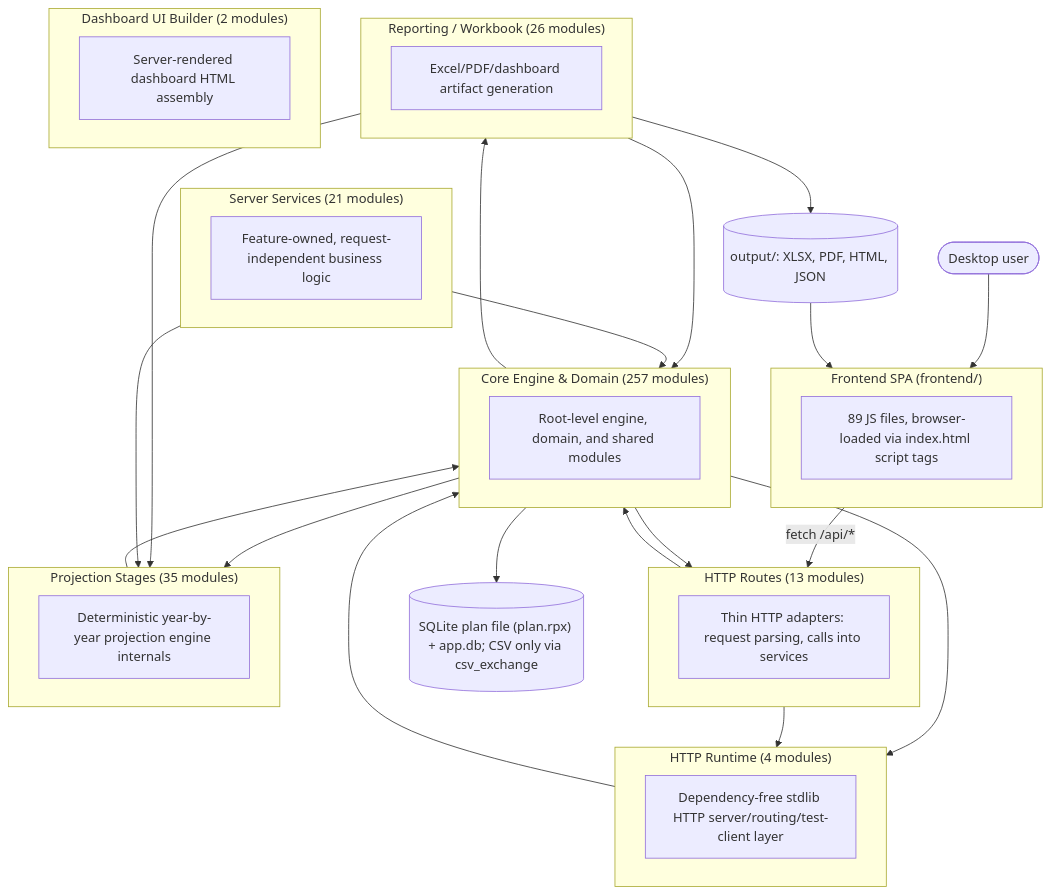
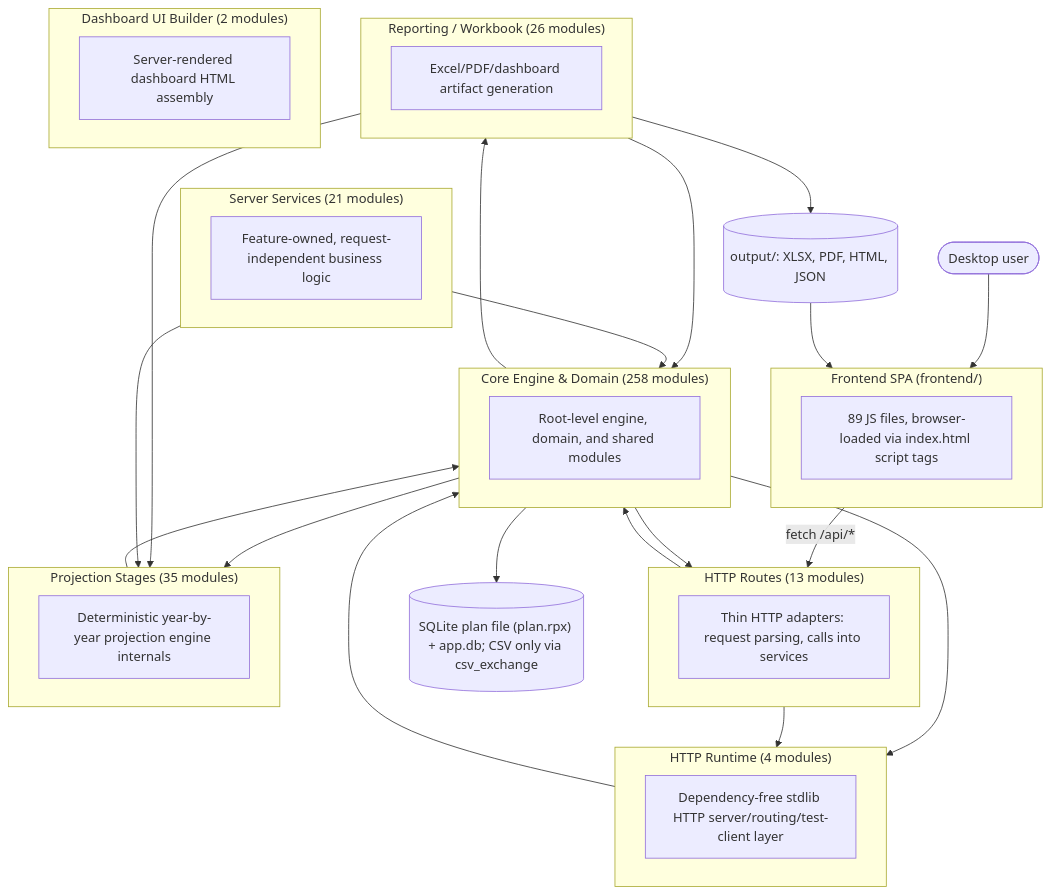
Before and after one commit to matthartzman/retirement_system: the first of 2 diagrams in documentation/reference/SYSTEM_ARCHITECTURE_DIAGRAM.md, drawn with Mermaid. The commit also changed other lines of this file and 9 other files, not shown here.

````diff
--- a/documentation/reference/SYSTEM_ARCHITECTURE_DIAGRAM.md
+++ b/documentation/reference/SYSTEM_ARCHITECTURE_DIAGRAM.md
@@ -11,44 +11,44 @@
 ```mermaid
 flowchart TB
     User(["Desktop user"]) --> FE
     subgraph FE["Frontend SPA (frontend/)"]
         FEcount["89 JS files, browser-loaded via index.html script tags"]
     end
     FE -->|fetch /api/*| L_HTTP_Routes
     subgraph L_HTTP_Routes["HTTP Routes (13 modules)"]
         L_HTTP_Routes_d["Thin HTTP adapters: request parsing, calls into services"]
     end
     subgraph L_Server_Services["Server Services (21 modules)"]
         L_Server_Services_d["Feature-owned, request-independent business logic"]
     end
     subgraph L_HTTP_Runtime["HTTP Runtime (4 modules)"]
         L_HTTP_Runtime_d["Dependency-free stdlib HTTP server/routing/test-client layer"]
     end
-    subgraph L_Core_Engine___Domain["Core Engine & Domain (257 modules)"]
+    subgraph L_Core_Engine___Domain["Core Engine & Domain (258 modules)"]
         L_Core_Engine___Domain_d["Root-level engine, domain, and shared modules"]
     end
     subgraph L_Projection_Stages["Projection Stages (35 modules)"]
         L_Projection_Stages_d["Deterministic year-by-year projection engine internals"]
     end
     subgraph L_Reporting___Workbook["Reporting / Workbook (26 modules)"]
         L_Reporting___Workbook_d["Excel/PDF/dashboard artifact generation"]
     end
     subgraph L_Dashboard_UI_Builder["Dashboard UI Builder (2 modules)"]
         L_Dashboard_UI_Builder_d["Server-rendered dashboard HTML assembly"]
     end
     L_Core_Engine___Domain --> L_HTTP_Routes
     L_Core_Engine___Domain --> L_HTTP_Runtime
     L_Core_Engine___Domain --> L_Projection_Stages
     L_Core_Engine___Domain --> L_Reporting___Workbook
     L_HTTP_Routes --> L_Core_Engine___Domain
     L_HTTP_Routes --> L_HTTP_Runtime
     L_HTTP_Runtime --> L_Core_Engine___Domain
     L_Projection_Stages --> L_Core_Engine___Domain
     L_Reporting___Workbook --> L_Core_Engine___Domain
     L_Reporting___Workbook --> L_Projection_Stages
     L_Server_Services --> L_Core_Engine___Domain
     L_Server_Services --> L_Projection_Stages
     L_Core_Engine___Domain --> DB[("SQLite plan file (plan.rpx) + app.db; CSV only via csv_exchange")]
     L_Reporting___Workbook --> Outputs[("output/: XLSX, PDF, HTML, JSON")]
     Outputs --> FE
 ```
````
